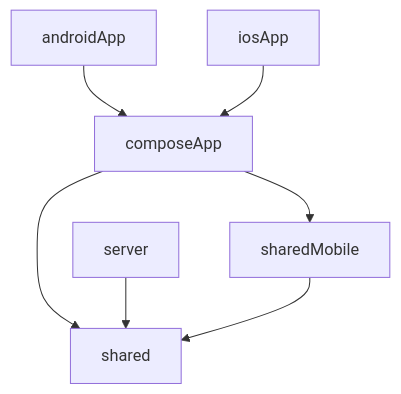
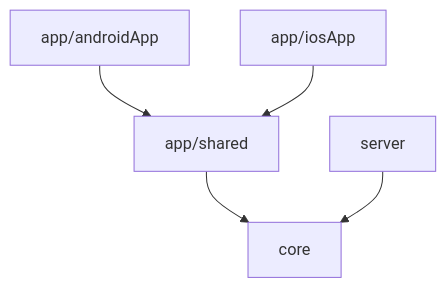
The diagram in AGENTS.md (dzejkob23/be-fair), drawn with Mermaid before and after one commit. The commit also changed other lines of this file and 72 other files, not shown here.

````diff
--- a/AGENTS.md
+++ b/AGENTS.md
@@ -41,9 +40,7 @@
 ```mermaid
 flowchart
-    androidApp --> composeApp
-    iosApp --> composeApp
-    composeApp --> shared
-    composeApp --> sharedMobile
-    server --> shared
-    sharedMobile --> shared
+    app/androidApp --> app/shared
+    app/iosApp --> app/shared
+    app/shared --> core
+    server --> core
 ```
````
